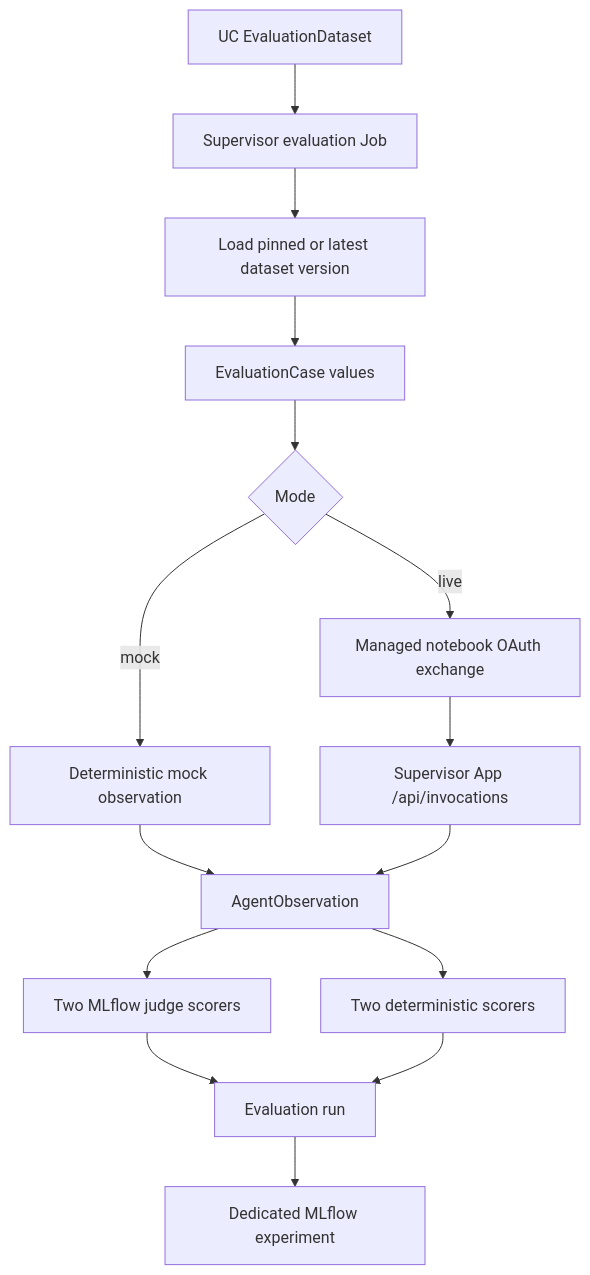
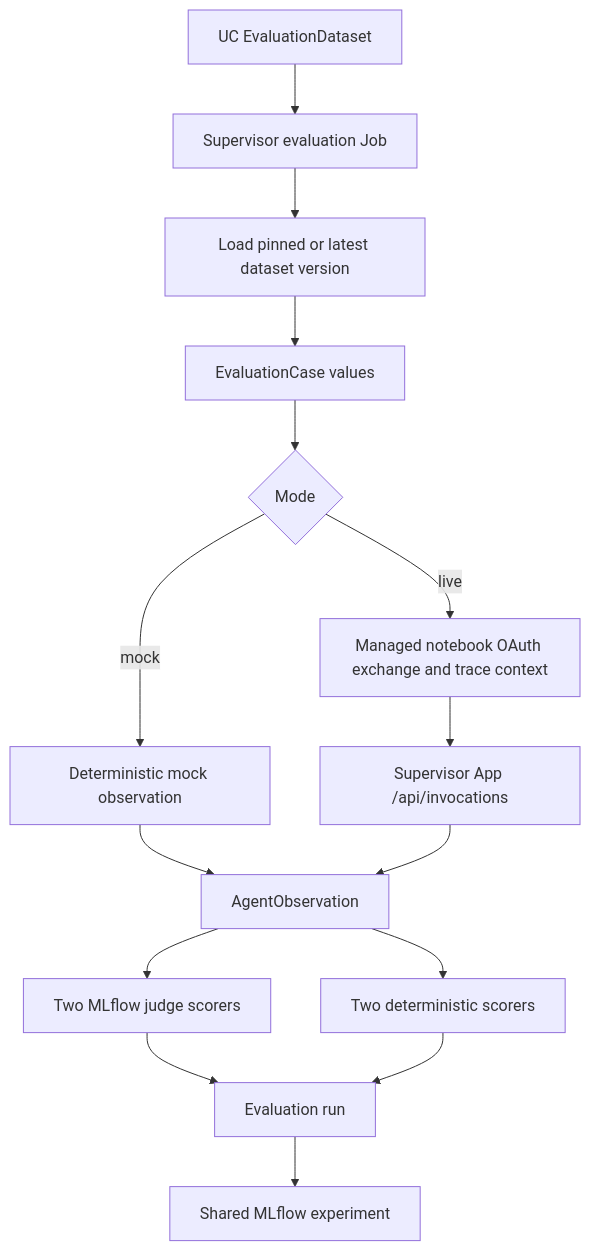
The first of 2 diagrams in docs/11-agent-evaluation-job-runner.md (arvinddhasmana/dbai), drawn with Mermaid before and after one commit. The commit also changed other lines of this file and 20 other files, not shown here.

````diff
--- a/docs/11-agent-evaluation-job-runner.md
+++ b/docs/11-agent-evaluation-job-runner.md
@@ -14,17 +14,17 @@
 ```mermaid
 flowchart TD
     A[UC EvaluationDataset] --> B[Supervisor evaluation Job]
     B --> C[Load pinned or latest dataset version]
     C --> D[EvaluationCase values]
     D --> E{Mode}
     E -->|mock| F[Deterministic mock observation]
-    E -->|live| G[Managed notebook OAuth exchange]
+    E -->|live| G[Managed notebook OAuth exchange and trace context]
     G --> H[Supervisor App /api/invocations]
     F --> I[AgentObservation]
     H --> I
     I --> J[Two MLflow judge scorers]
     I --> K[Two deterministic scorers]
     J --> L[Evaluation run]
     K --> L
-    L --> M[Dedicated MLflow experiment]
+    L --> M[Shared MLflow experiment]
 ```
````
